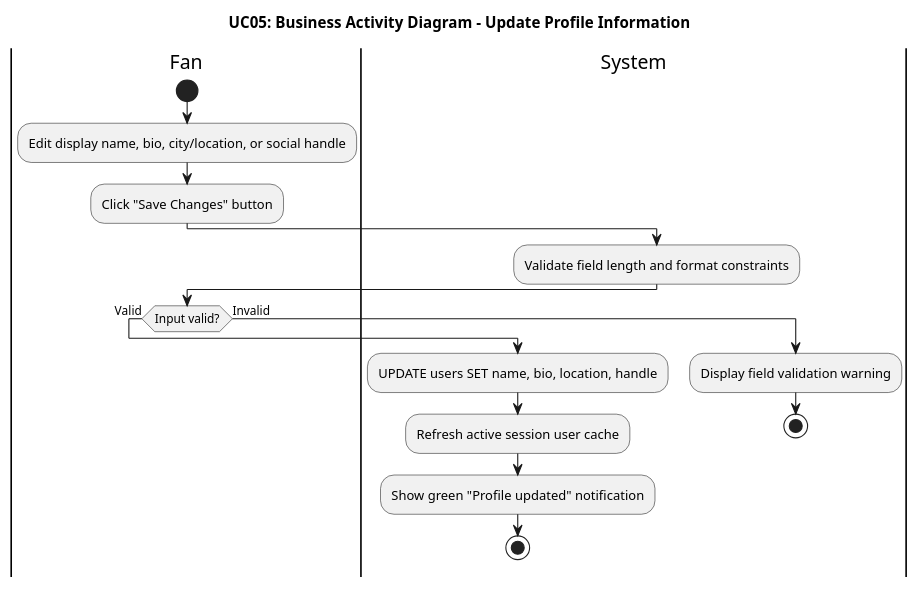
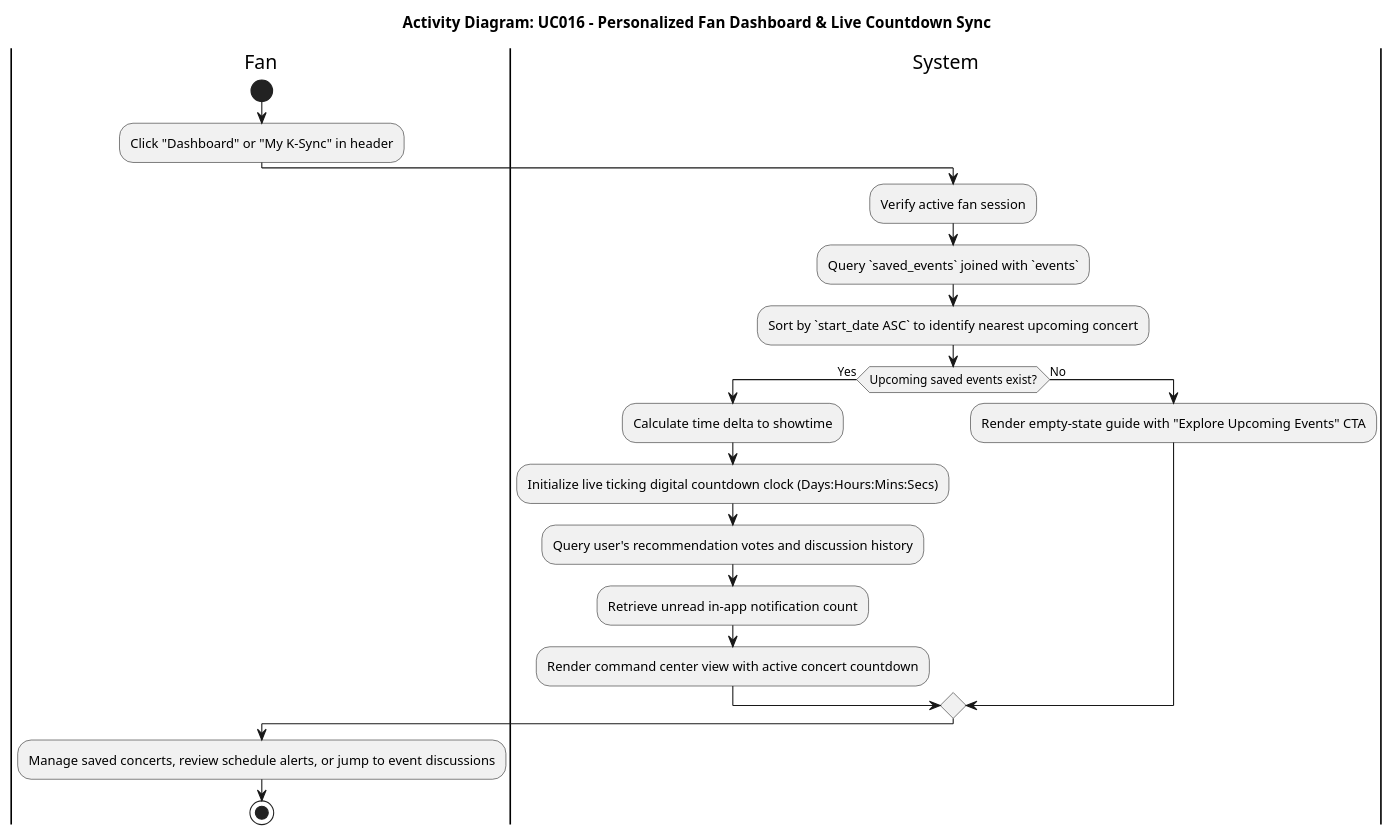
The fourth of 7 diagrams in docs/KSync_Business_Activity_Diagrams_All.puml (ammarsyaathir/ksync), drawn with PlantUML before and after one commit. The commit also changed other lines of this file and 12 other files, not shown here.

Commit message:
feat(redesign): complete system architecture redesign with Impeccable design system tokens, 42 use cases, PlantUML diagrams, 14-table ERD, and recompiled academic SRS deliverables

```diff
--- a/docs/KSync_Business_Activity_Diagrams_All.puml
+++ b/docs/KSync_Business_Activity_Diagrams_All.puml
@@ -115,27 +147,24 @@
-@startuml UC05_Activity
-skinparam monochrome true
-skinparam shadowing false
-skinparam defaultFontName Arial
-skinparam defaultTextAlignment center
-
-title UC05: Business Activity Diagram - Update Profile Information
+@startuml AD04_PersonalDashboard
+title Activity Diagram: UC016 - Personalized Fan Dashboard & Live Countdown Sync
+skinparam defaultFontName "Outfit, Arial, sans-serif"
 
 |Fan|
 start
-:Edit display name, bio, city/location, or social handle;
-:Click "Save Changes" button;
+:Click "Dashboard" or "My K-Sync" in header;
 |System|
-:Validate field length and format constraints;
+:Verify active fan session;
+:Query `saved_events` joined with `events`;
+:Sort by `start_date ASC` to identify nearest upcoming concert;
+if (Upcoming saved events exist?) then (Yes)
+  :Calculate time delta to showtime;
+  :Initialize live ticking digital countdown clock (Days:Hours:Mins:Secs);
+  :Query user's recommendation votes and discussion history;
+  :Retrieve unread in-app notification count;
+  :Render command center view with active concert countdown;
+else (No)
+  :Render empty-state guide with "Explore Upcoming Events" CTA;
+endif
 |Fan|
-if (Input valid?) then (Valid)
-  |System|
-  :UPDATE users SET name, bio, location, handle;
-  :Refresh active session user cache;
-  :Show green "Profile updated" notification;
-  stop
-else (Invalid)
-  |System|
-  :Display field validation warning;
-  stop
-endif
+:Manage saved concerts, review schedule alerts, or jump to event discussions;
+stop
 @enduml
```
